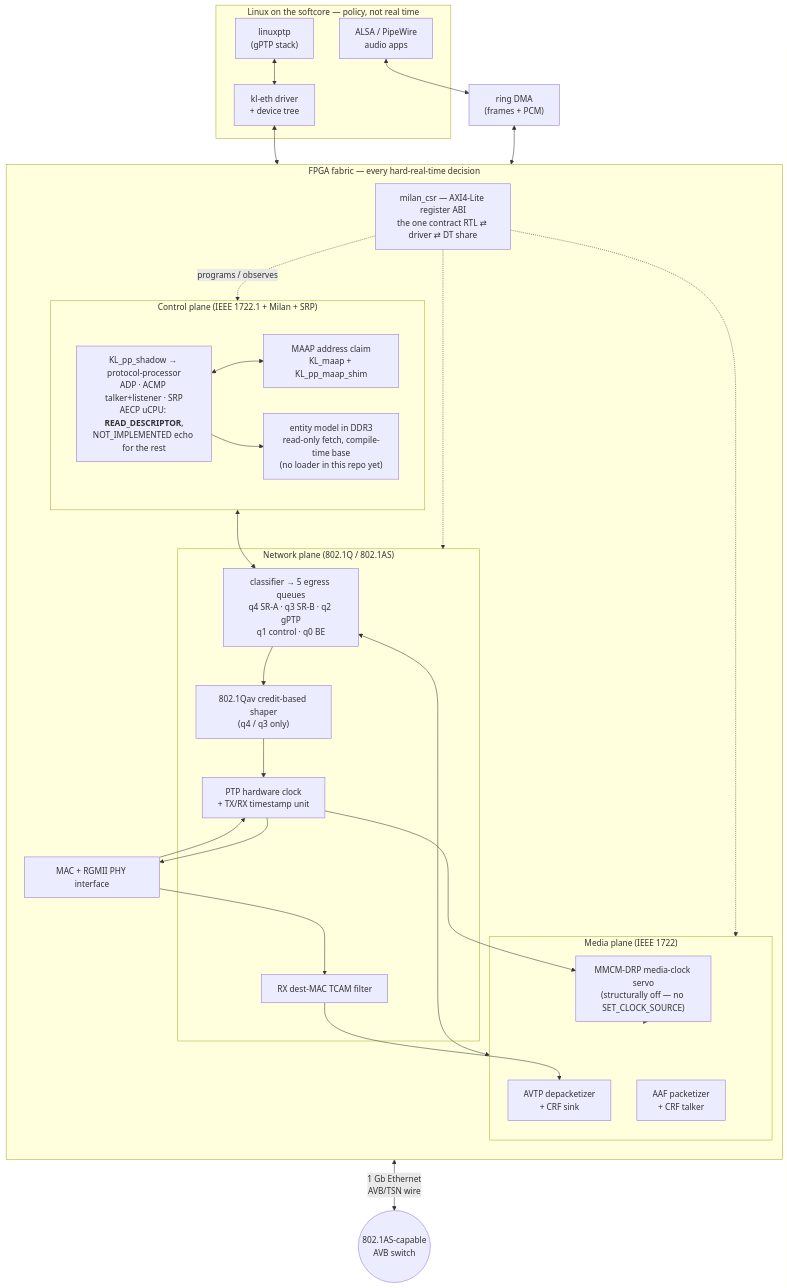
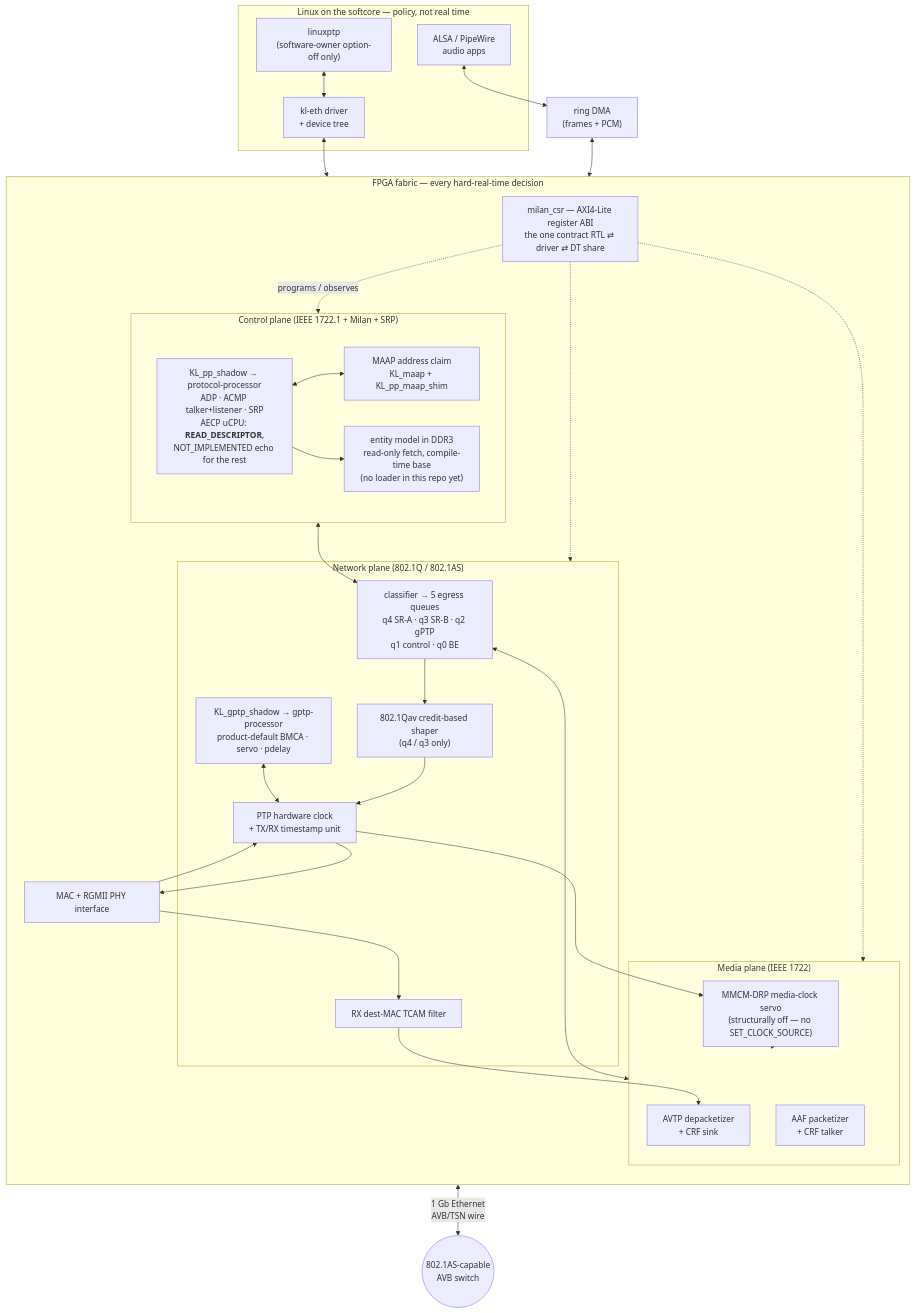
One commit to kebag-logic/milan-fpga changed the diagram in docs/overview/AT_A_GLANCE.md. Above: the diagram before and after it, drawn with Mermaid. The commit also changed other lines of this file and 25 other files, not shown here.

````diff
--- a/docs/overview/AT_A_GLANCE.md
+++ b/docs/overview/AT_A_GLANCE.md
@@ -76,47 +78,49 @@
 ```mermaid
 flowchart TB
     subgraph HOST["Linux on the softcore — policy, not real time"]
         ALSA["ALSA / PipeWire<br/>audio apps"]
-        PTPD["linuxptp<br/>(gPTP stack)"]
+        PTPD["linuxptp<br/>(software-owner option-off only)"]
         DRV["kl-eth driver<br/>+ device tree"]
     end
 
     subgraph FAB["FPGA fabric — every hard-real-time decision"]
         direction TB
         CSR["milan_csr — AXI4-Lite register ABI<br/>the one contract RTL ⇄ driver ⇄ DT share"]
         subgraph CTRL["Control plane (IEEE 1722.1 + Milan + SRP)"]
             PP["KL_pp_shadow → protocol-processor<br/>ADP · ACMP talker+listener · SRP<br/>AECP uCPU: <b>READ_DESCRIPTOR</b>,<br/>NOT_IMPLEMENTED echo for the rest"]
             MAAP["MAAP address claim<br/>KL_maap + KL_pp_maap_shim"]
             DESC["entity model in DDR3<br/>read-only fetch, compile-time base<br/>(no loader in this repo yet)"]
             PP <--> MAAP
             PP --> DESC
         end
         subgraph MEDIA["Media plane (IEEE 1722)"]
             PKT["AAF packetizer<br/>+ CRF talker"]
             DEP["AVTP depacketizer<br/>+ CRF sink"]
             SERVO["MMCM-DRP media-clock servo<br/>(structurally off — no SET_CLOCK_SOURCE)"]
         end
         subgraph NET["Network plane (802.1Q / 802.1AS)"]
             CLS["classifier → 5 egress queues<br/>q4 SR-A · q3 SR-B · q2 gPTP<br/>q1 control · q0 BE"]
             CBS["802.1Qav credit-based shaper<br/>(q4 / q3 only)"]
             PHC["PTP hardware clock<br/>+ TX/RX timestamp unit"]
+            GPTP["KL_gptp_shadow → gptp-processor<br/>product-default BMCA · servo · pdelay"]
             FILT["RX dest-MAC TCAM filter"]
         end
         MAC["MAC + RGMII PHY interface"]
     end
 
     ALSA <--> DMA["ring DMA<br/>(frames + PCM)"]
     PTPD <--> DRV
     DRV <--> CSR
     CSR -.->|"programs / observes"| CTRL
     CSR -.-> MEDIA
     CSR -.-> NET
     DMA <--> CLS
     MEDIA <--> CLS
     CTRL <--> CLS
     CLS --> CBS --> PHC --> MAC
     MAC --> FILT --> DEP
     MAC --> PHC
     PHC --> SERVO --> MEDIA
+    GPTP <--> PHC
     MAC <-->|"1 Gb Ethernet<br/>AVB/TSN wire"| WIRE(("802.1AS-capable<br/>AVB switch"))
 ```
````
